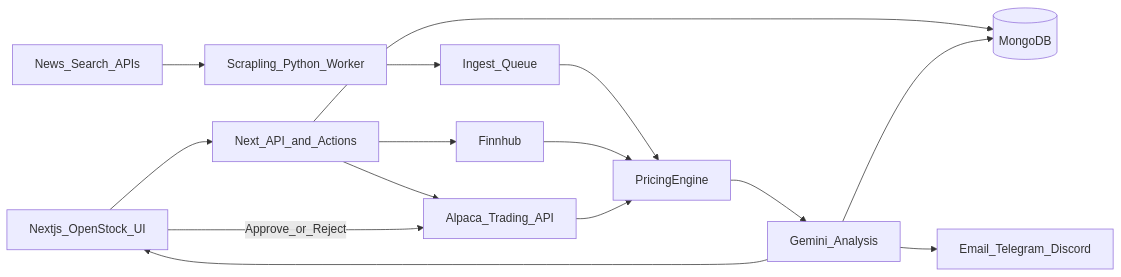
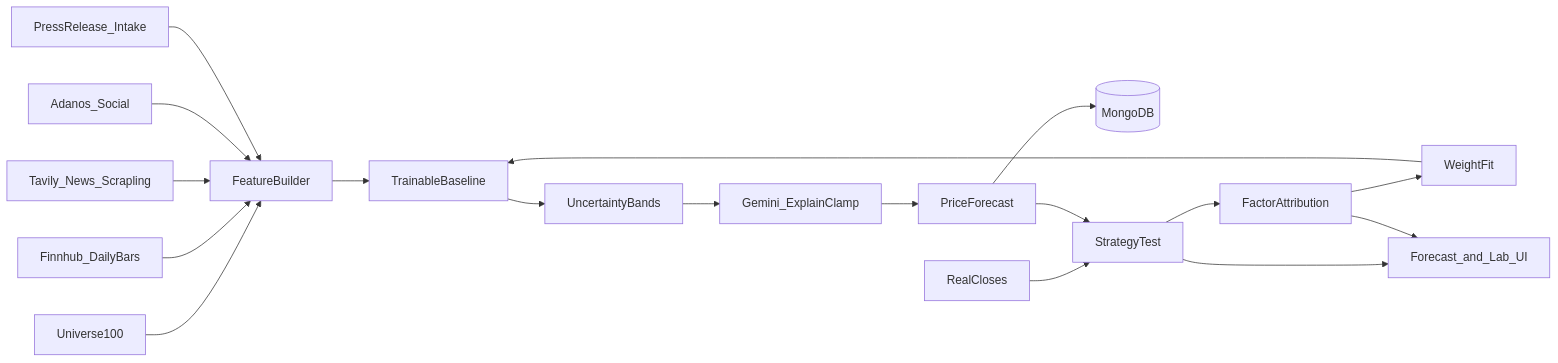
One commit to nitishberi/OpenStock changed the diagram in docs/architecture.md. Above: the diagram before and after it, drawn with Mermaid. The commit also changed other lines of this file and 39 other files, not shown here.

First line of the commit message:
feat: prediction-first swing forecasts + 100-stock Forecast Lab

````diff
--- a/docs/architecture.md
+++ b/docs/architecture.md
@@ -14,17 +14,20 @@
 ```mermaid
 flowchart LR
-  UI[Nextjs_OpenStock_UI] --> API[Next_API_and_Actions]
-  API --> Mongo[(MongoDB)]
-  API --> Finnhub[Finnhub]
-  API --> Alpaca[Alpaca_Trading_API]
-  NewsAPI[News_Search_APIs] --> Scrapers[Scrapling_Python_Worker]
-  Scrapers --> Queue[Ingest_Queue]
-  Queue --> Pricing[PricingEngine]
-  Finnhub --> Pricing
-  Alpaca --> Pricing
-  Pricing --> Analyzer[Gemini_Analysis]
-  Analyzer --> Mongo
-  Analyzer --> UI
-  Analyzer --> Notify[Email_Telegram_Discord]
-  UI -->|Approve_or_Reject| Alpaca
+  Universe[Universe100] --> Features[FeatureBuilder]
+  Finnhub[Finnhub_DailyBars] --> Features
+  News[Tavily_News_Scrapling] --> Features
+  Social[Adanos_Social] --> Features
+  Press[PressRelease_Intake] --> Features
+  Features --> Baseline[TrainableBaseline]
+  Baseline --> Bands[UncertaintyBands]
+  Bands --> Gemini[Gemini_ExplainClamp]
+  Gemini --> Forecast[PriceForecast]
+  Forecast --> Mongo[(MongoDB)]
+  Actuals[RealCloses] --> Eval[StrategyTest]
+  Forecast --> Eval
+  Eval --> Attribution[FactorAttribution]
+  Attribution --> Train[WeightFit]
+  Train --> Baseline
+  Eval --> UI[Forecast_and_Lab_UI]
+  Attribution --> UI
 ```
````
